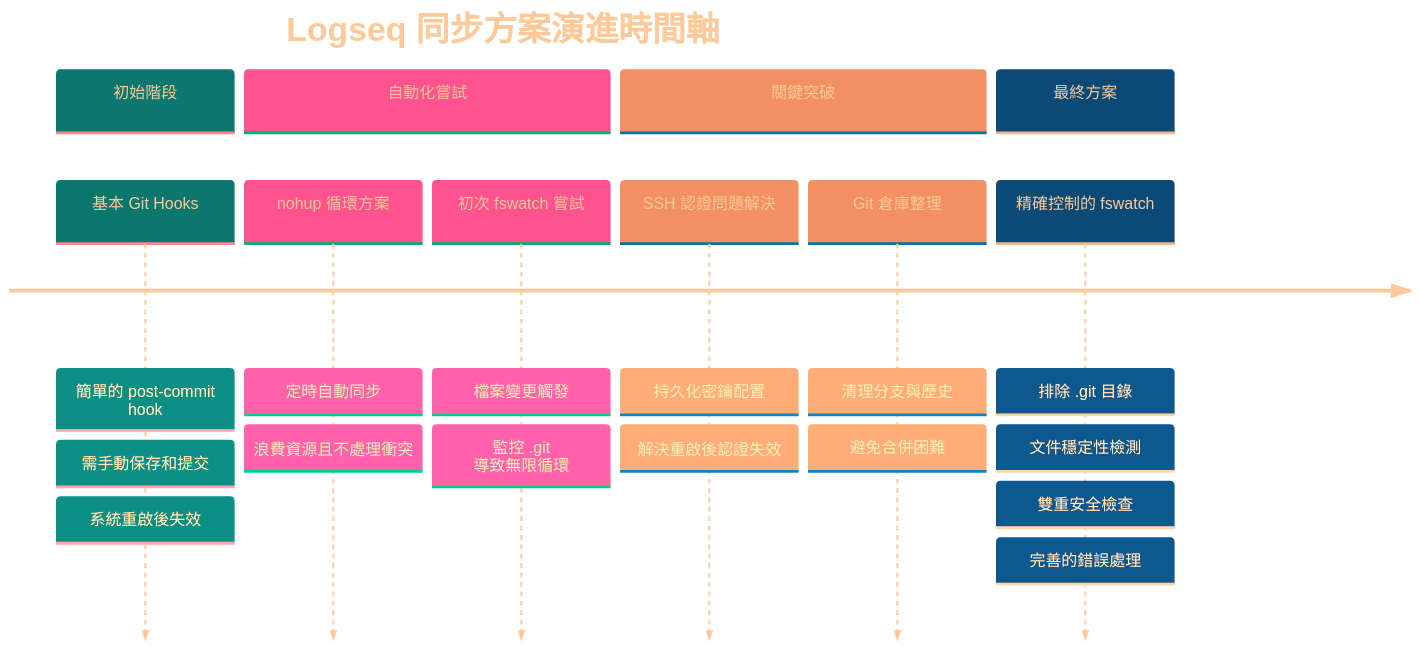
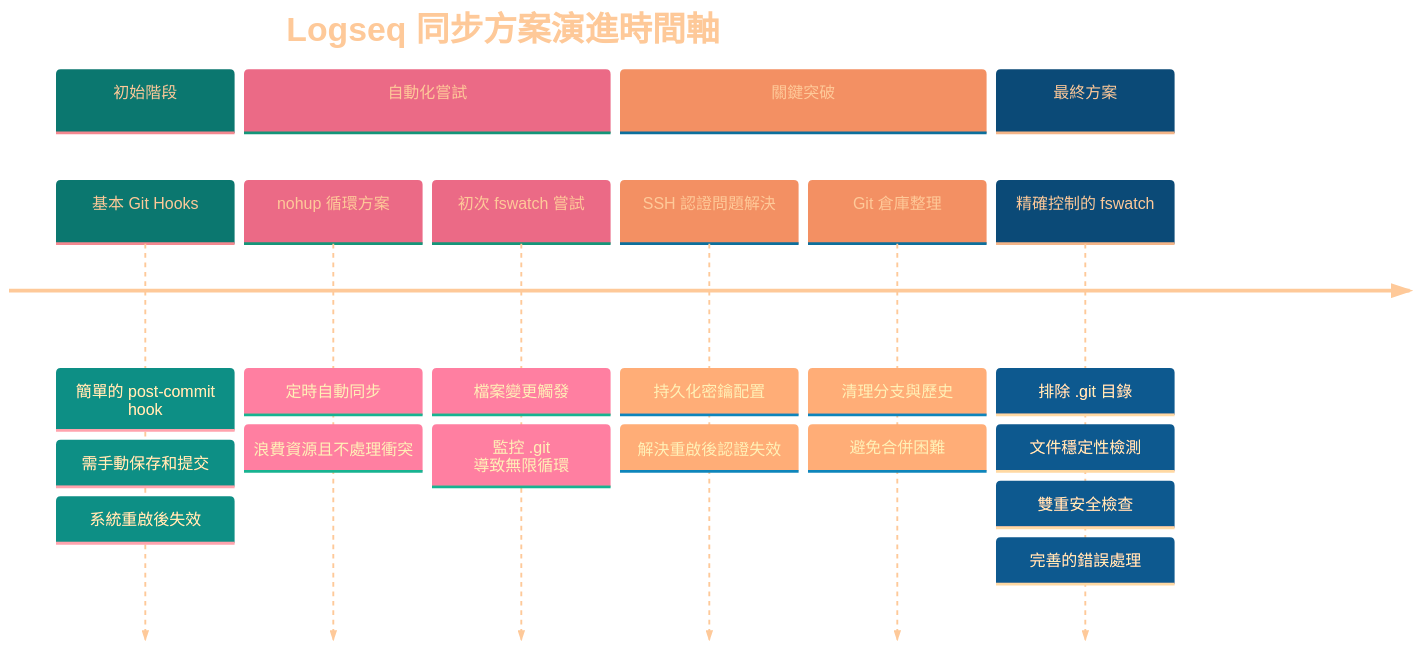
One commit to GengGeng026/Sync-Logseq changed the first of 2 diagrams in Logseq同步方案演進記錄.md. Above: the diagram before and after it, drawn with Mermaid.

Commit message:
Auto-sync: Wed Mar 26 10:05:24 +08 2025

````diff
--- a/Logseq同步方案演進記錄.md
+++ b/Logseq同步方案演進記錄.md
@@ -24,38 +24,38 @@
 ```mermaid
 %%{init: {
   'theme': 'base', 
   'themeVariables': {
     'primaryTextColor': '#FEC999',
     'primaryColor': '#19E9D9',
-    'secondaryColor': '#FFD1E1',
+    'secondaryColor': '#FADAE1',
     'tertiaryColor': '#FCE4D9',
     'primaryBorderColor': '#A9D9D9',
     'background': 'transparent',
     'clusterBkg': 'transparent',
     'fontFamily': 'default',
     'fontSize': '17px',
     'fontWeight': 'normal'
   }
 }}%%
 timeline
     title Logseq 同步方案演進時間軸
     section 初始階段
         基本 Git Hooks : 簡單的 post-commit hook
         : 需手動保存和提交
         : 系統重啟後失效
     section 自動化嘗試
         nohup 循環方案 : 定時自動同步
         : 浪費資源且不處理衝突
         初次 fswatch 嘗試 : 檔案變更觸發
         : 監控 .git 導致無限循環
     section 關鍵突破
         SSH 認證問題解決 : 持久化密鑰配置
         : 解決重啟後認證失效
         Git 倉庫整理 : 清理分支與歷史
         : 避免合併困難
     section 最終方案
         精確控制的 fswatch : 排除 .git 目錄
         : 文件穩定性檢測
         : 雙重安全檢查
         : 完善的錯誤處理
 ```
````
